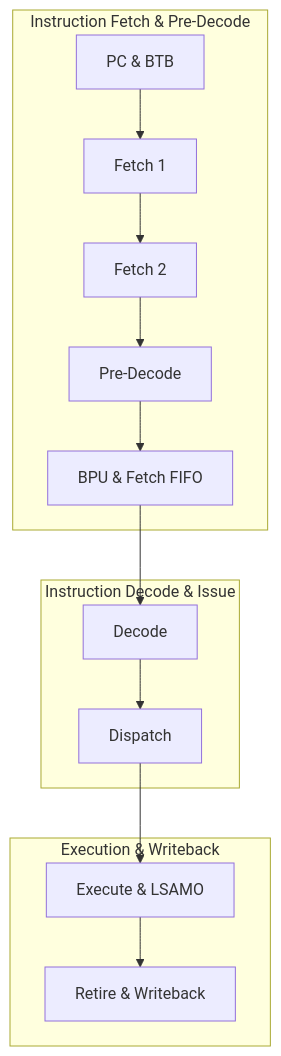
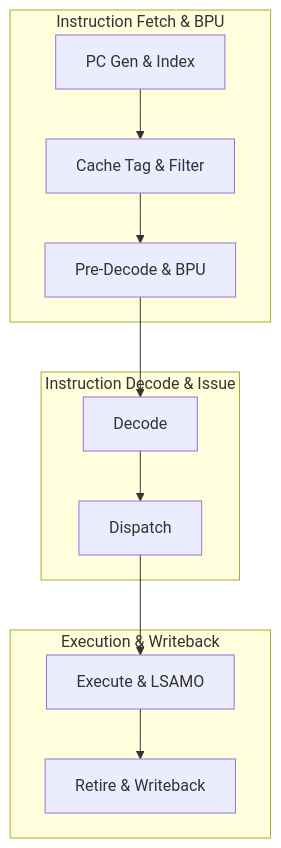
One commit to AGH-Logic-Unit/pv-crab-core changed the diagram in docs/about.md. Above: the diagram before and after it, drawn with Mermaid. The commit also changed other lines of this file and 1 other file, not shown here.

Commit message:
docs: shorter fetch stage

````diff
--- a/docs/about.md
+++ b/docs/about.md
@@ -22,19 +22,17 @@
 ```mermaid
 graph TD
-    subgraph Instruction Fetch & Pre-Decode
-        S1["PC & BTB"] --> S2["Fetch 1"]
-        S2 --> S3["Fetch 2"]
-        S3 --> S4["Pre-Decode"]
-        S4 --> S5["BPU & Fetch FIFO"]
+    subgraph Instruction Fetch & BPU
+        S1["PC Gen & Index"] --> S2["Cache Tag & Filter"]
+        S2 --> S3["Pre-Decode & BPU"]
     end
 
     subgraph Instruction Decode & Issue
-        S5 --> S6["Decode"]
-        S6 --> S7["Dispatch"]
+        S3 --> S4["Decode"]
+        S4 --> S5["Dispatch"]
     end
 
     subgraph Execution & Writeback
-        S7 --> S8["Execute & LSAMO"]
-        S8 --> S9["Retire & Writeback"]
+        S5 --> S6["Execute & LSAMO"]
+        S6 --> S7["Retire & Writeback"]
     end
 ```
````
